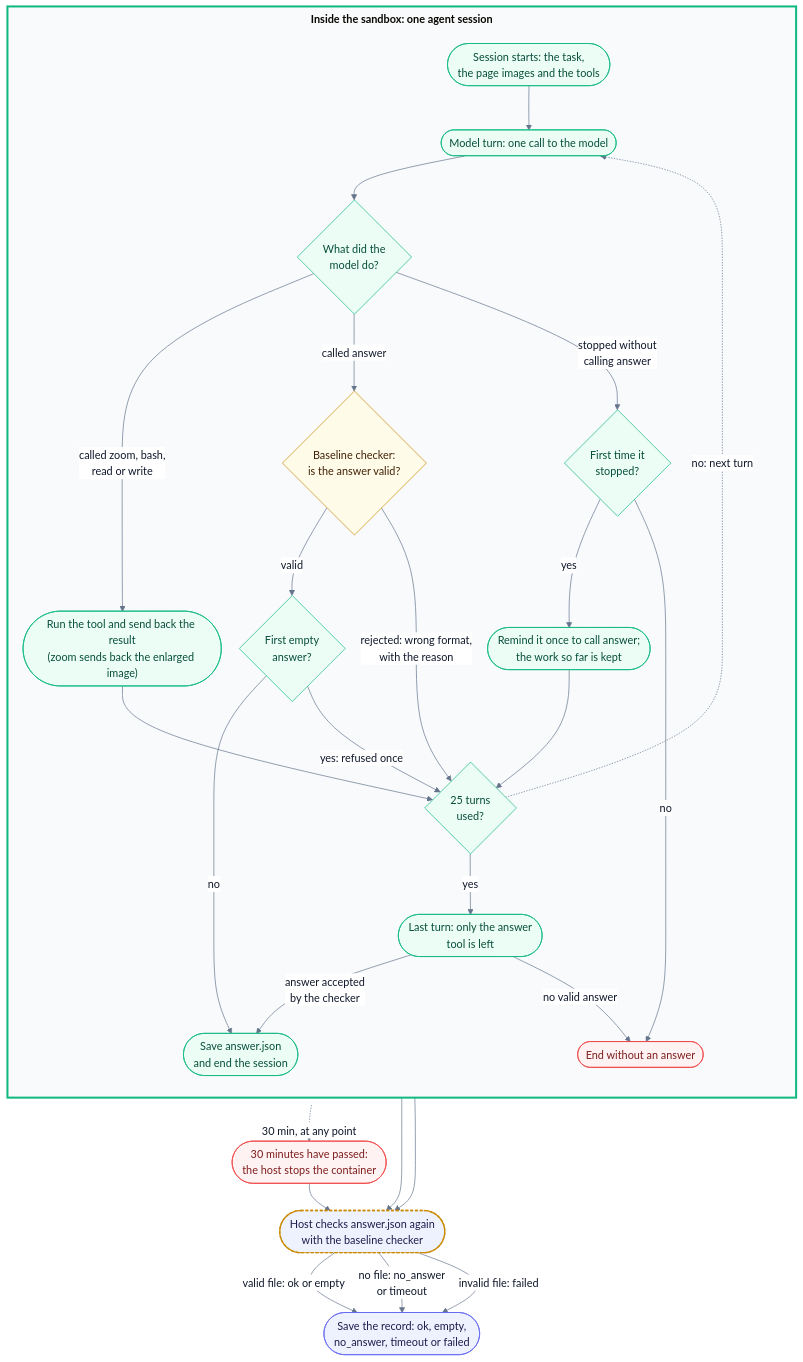
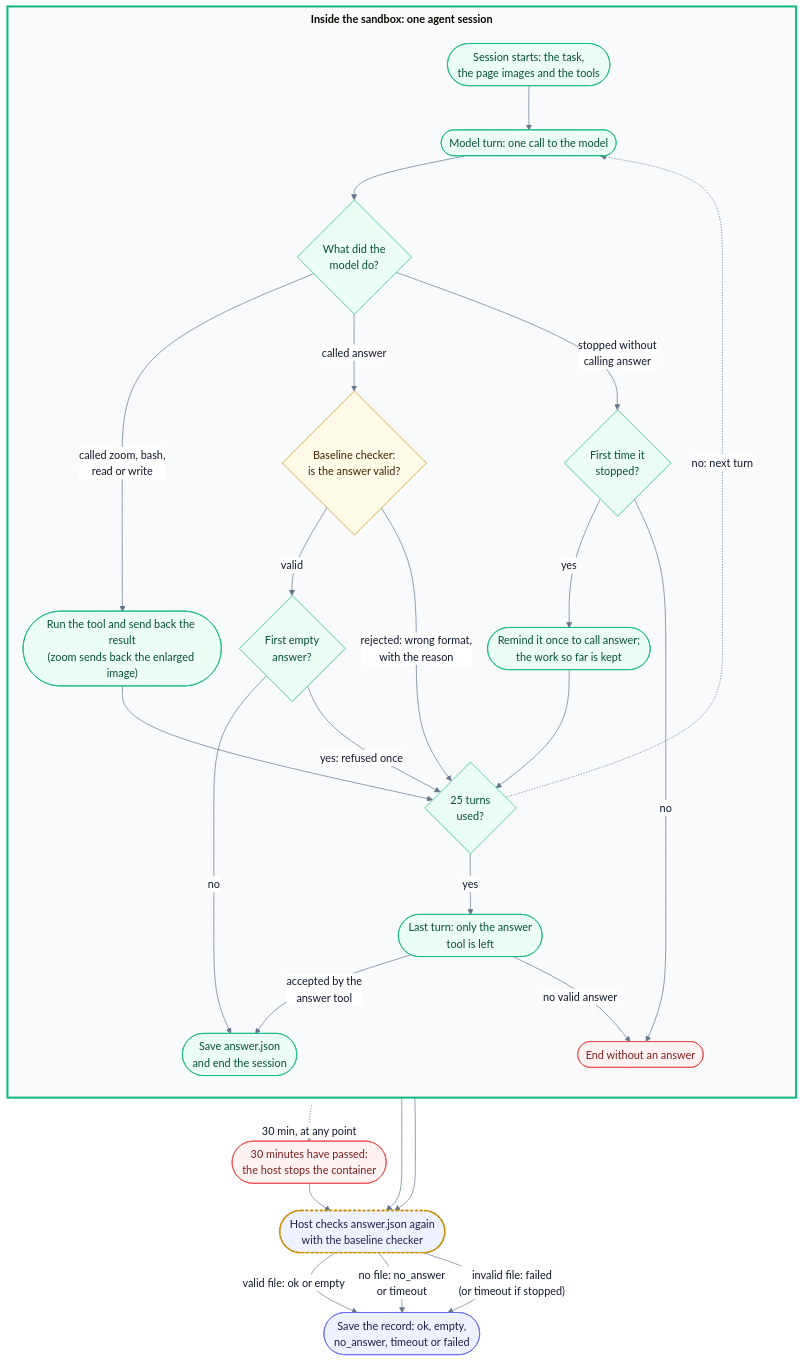
One commit to eric15342335/AIFep-FDU.github.io changed the diagram in docs/diagrams/question-states.mmd. Above: the diagram before and after it, drawn with Mermaid. The commit also changed 15 other files, not shown here.

First line of the commit message:
Docs and diagrams: second GPT-6.2 Astra review

```diff
--- a/docs/diagrams/question-states.mmd
+++ b/docs/diagrams/question-states.mmd
@@ -1,59 +1,59 @@
 %%{init: {"theme": "base", "themeVariables": {"fontSize": "16px", "lineColor": "#64748b", "primaryTextColor": "#0f172a", "edgeLabelBackground": "#ffffff"}, "flowchart": {"nodeSpacing": 26, "rankSpacing": 40, "padding": 14, "wrappingWidth": 250, "subGraphTitleMargin": {"top": 6, "bottom": 16}}}}%%
 %% The states of one question inside its sandbox, and how the host turns the result into a record.
 %% The numbers come from the code: 25 turns and 30 minutes (AgentConfig in tableqa/agent.py); one reminder
 %% and one refused empty answer (agent/pi/extensions/tableqa.ts). Run-level rules are in run-states.mmd.
 flowchart TB
     subgraph SESSION["<b>Inside the sandbox: one agent session</b>"]
         direction TB
         start(["Session starts: the task,<br/>the page images and the tools"])
         turn(["Model turn: one call to the model"])
         what{"What did the<br/>model do?"}
         tool(["Run the tool and send back the result<br/>(zoom sends back the enlarged image)"])
         check{"Baseline checker:<br/>is the answer valid?"}
         again{"First time it<br/>stopped?"}
         remind(["Remind it once to call answer;<br/>the work so far is kept"])
         grace(["Last turn: only the answer<br/>tool is left"])
         saved(["Save answer.json<br/>and end the session"])
         noanswer(["End without an answer"])
         empty{"First empty<br/>answer?"}
         cap{"25 turns<br/>used?"}
         start --> turn --> what
         what -- "called zoom, bash,<br/>read or write" --> tool
         what -- "called answer" --> check
         what -- "stopped without<br/>calling answer" --> again
         check -- "valid" --> empty
         empty -- "no" --> saved
         again -- "yes" --> remind
         again -- "no" --> noanswer
-        grace -- "answer accepted<br/>by the checker" --> saved
+        grace -- "accepted by the<br/>answer tool" --> saved
         grace -- "no valid answer" --> noanswer
         tool --> cap
         remind --> cap
         check -- "rejected: wrong format,<br/>with the reason" --> cap
         empty -- "yes: refused once" --> cap
         cap -. "no: next turn" .-> turn
         cap -- "yes" --> grace
     end
 
     timeout(["30 minutes have passed:<br/>the host stops the container"])
     SESSION -. "30 min, at any point" .-> timeout
     hostcheck(["Host checks answer.json again<br/>with the baseline checker"])
     saved --> hostcheck
     noanswer --> hostcheck
     timeout --> hostcheck
     record(["Save the record: ok, empty,<br/>no_answer, timeout or failed"])
     hostcheck -- "valid file: ok or empty" --> record
     hostcheck -- "no file: no_answer<br/>or timeout" --> record
-    hostcheck -- "invalid file: failed" --> record
+    hostcheck -- "invalid file: failed<br/>(or timeout if stopped)" --> record
 
     classDef base fill:#fefce8,stroke:#ca8a04,color:#422006
     classDef usesBase fill:#eef2ff,stroke:#ca8a04,color:#1e1b4b,stroke-width:2px,stroke-dasharray:4 3
     classDef ours fill:#eef2ff,stroke:#6366f1,color:#1e1b4b
     classDef agent fill:#ecfdf5,stroke:#10b981,color:#064e3b
     classDef bad fill:#fef2f2,stroke:#ef4444,color:#7f1d1d
     class check base
     class hostcheck usesBase
     class record ours
     class start,turn,what,tool,again,remind,grace,saved,empty,cap agent
     class timeout,noanswer bad
     style SESSION fill:#f8fafc,stroke:#10b981,stroke-width:3px
```
